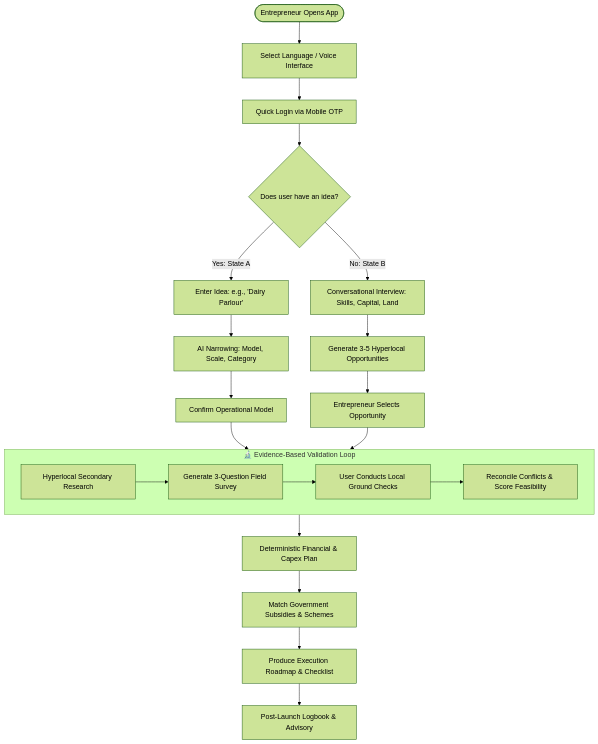
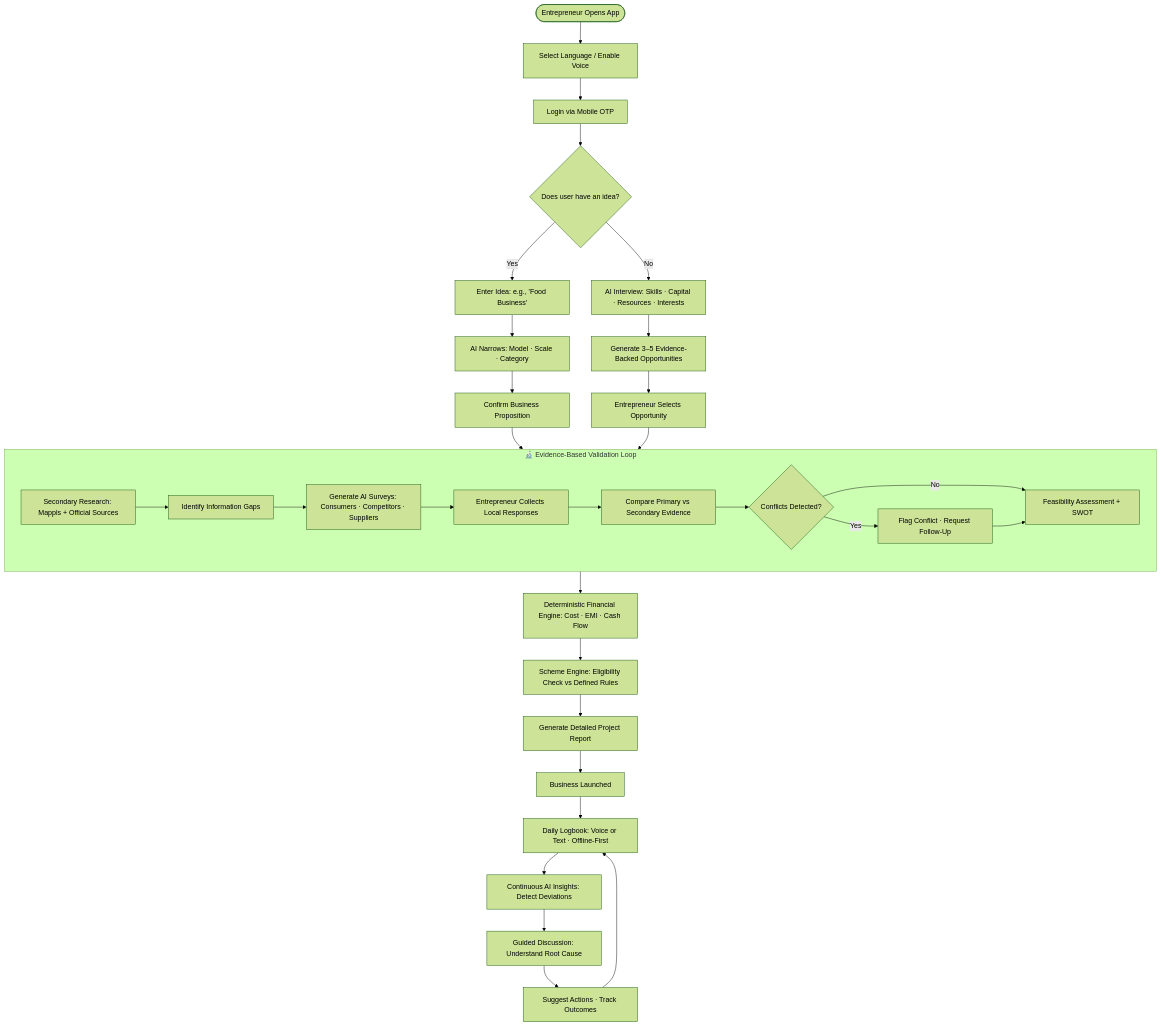
One commit to S-H-R-I-A-N-S-H/VYAPAR-MITRA changed the second of 2 diagrams in README.md. Above: the diagram before and after it, drawn with Mermaid (forest theme). The commit also changed other lines of this file and 5 other files, not shown here.

````diff
--- a/README.md
+++ b/README.md
@@ -167,31 +262,39 @@
 ```mermaid
 flowchart TD
-    Start([Entrepreneur Opens App]) --> Lang[Select Language / Voice Interface]
-    Lang --> Auth[Quick Login via Mobile OTP]
+    Start([Entrepreneur Opens App]) --> Lang[Select Language / Enable Voice]
+    Lang --> Auth[Login via Mobile OTP]
     Auth --> Discovery{Does user have an idea?}
 
-    %% State A: Has an Idea
-    Discovery -->|Yes: State A| IdeaInput[Enter Idea: e.g., 'Dairy Parlour']
-    IdeaInput --> Narrowing[AI Narrowing: Model, Scale, Category]
-    Narrowing --> ConfirmIdea[Confirm Operational Model]
+    Discovery -->|Yes| IdeaInput[Enter Idea: e.g., 'Food Business']
+    IdeaInput --> Narrowing[AI Narrows: Model · Scale · Category]
+    Narrowing --> ConfirmIdea[Confirm Business Proposition]
 
-    %% State B: Needs an Idea
-    Discovery -->|No: State B| ProfileInterview[Conversational Interview: Skills, Capital, Land]
-    ProfileInterview --> OppDiscovery[Generate 3-5 Hyperlocal Opportunities]
+    Discovery -->|No| ProfileInterview[AI Interview: Skills · Capital · Resources · Interests]
+    ProfileInterview --> OppDiscovery[Generate 3–5 Evidence-Backed Opportunities]
     OppDiscovery --> PickOpportunity[Entrepreneur Selects Opportunity]
 
-    %% Merging into Validation
     ConfirmIdea --> Validation
     PickOpportunity --> Validation
 
     subgraph Validation ["🔬 Evidence-Based Validation Loop"]
-        SecResearch[Hyperlocal Secondary Research] --> GenSurvey[Generate 3-Question Field Survey]
-        GenSurvey --> GroundSurvey[User Conducts Local Ground Checks]
-        GroundSurvey --> Reconcile[Reconcile Conflicts & Score Feasibility]
+        SecResearch[Secondary Research: Mappls + Official Sources] --> GapId[Identify Information Gaps]
+        GapId --> GenSurvey[Generate AI Surveys: Consumers · Competitors · Suppliers]
+        GenSurvey --> GroundData[Entrepreneur Collects Local Responses]
+        GroundData --> Reconcile[Compare Primary vs Secondary Evidence]
+        Reconcile --> ConflictCheck{Conflicts Detected?}
+        ConflictCheck -->|Yes| Investigate[Flag Conflict · Request Follow-Up]
+        ConflictCheck -->|No| SWOT[Feasibility Assessment + SWOT]
+        Investigate --> SWOT
     end
 
-    Validation --> FinancePlan[Deterministic Financial & Capex Plan]
-    FinancePlan --> SchemeMatch[Match Government Subsidies & Schemes]
-    SchemeMatch --> ActionRoadmap[Produce Execution Roadmap & Checklist]
-    ActionRoadmap --> MilestoneTracking[Post-Launch Logbook & Advisory]
+    Validation --> FinancePlan[Deterministic Financial Engine: Cost · EMI · Cash Flow]
+    FinancePlan --> SchemeMatch[Scheme Engine: Eligibility Check vs Defined Rules]
+    SchemeMatch --> DPR[Generate Detailed Project Report]
+    DPR --> Launch[Business Launched]
+
+    Launch --> Logbook[Daily Logbook: Voice or Text · Offline-First]
+    Logbook --> Insights[Continuous AI Insights: Detect Deviations]
+    Insights --> Discuss[Guided Discussion: Understand Root Cause]
+    Discuss --> Actions[Suggest Actions · Track Outcomes]
+    Actions --> Logbook
 ```
````
